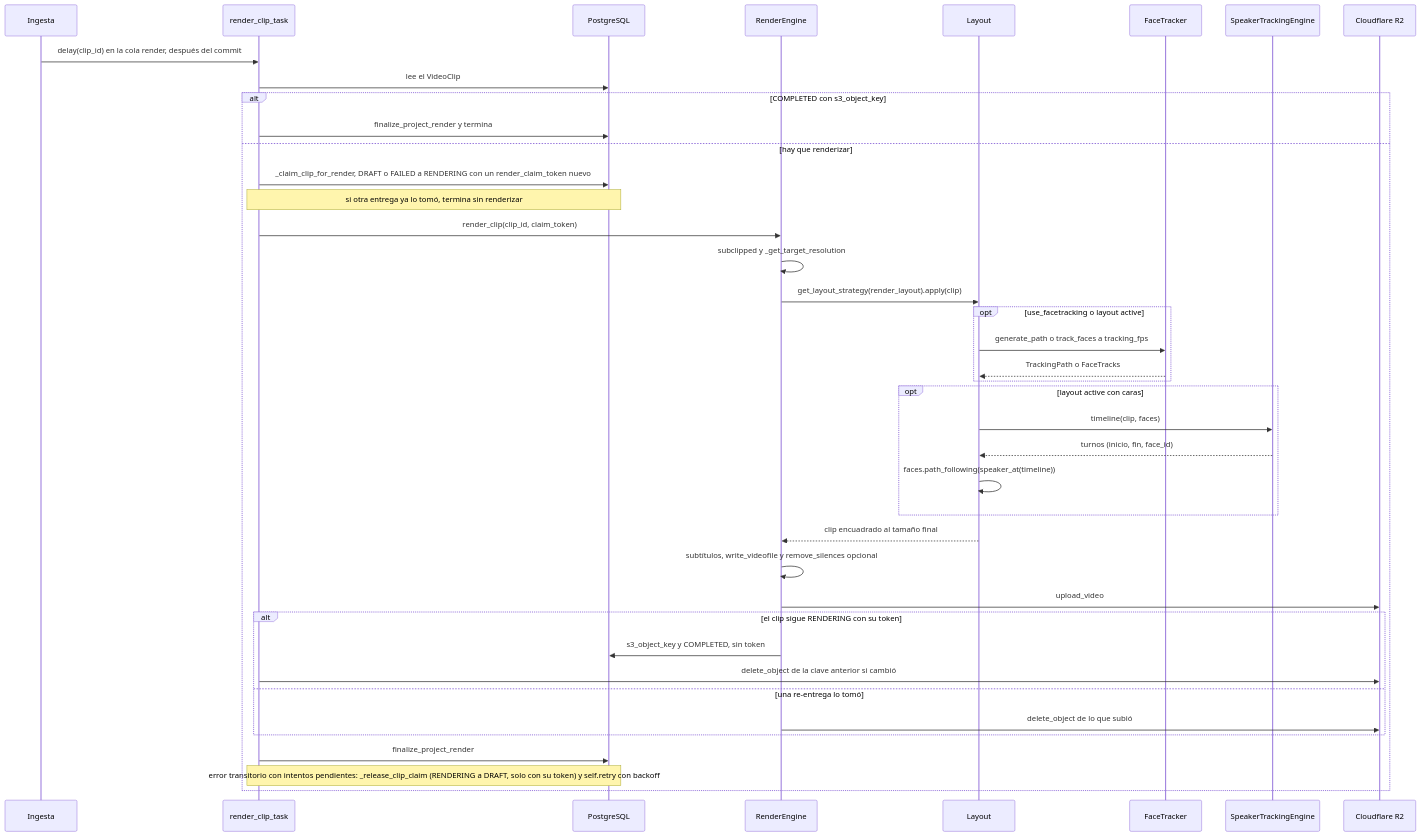
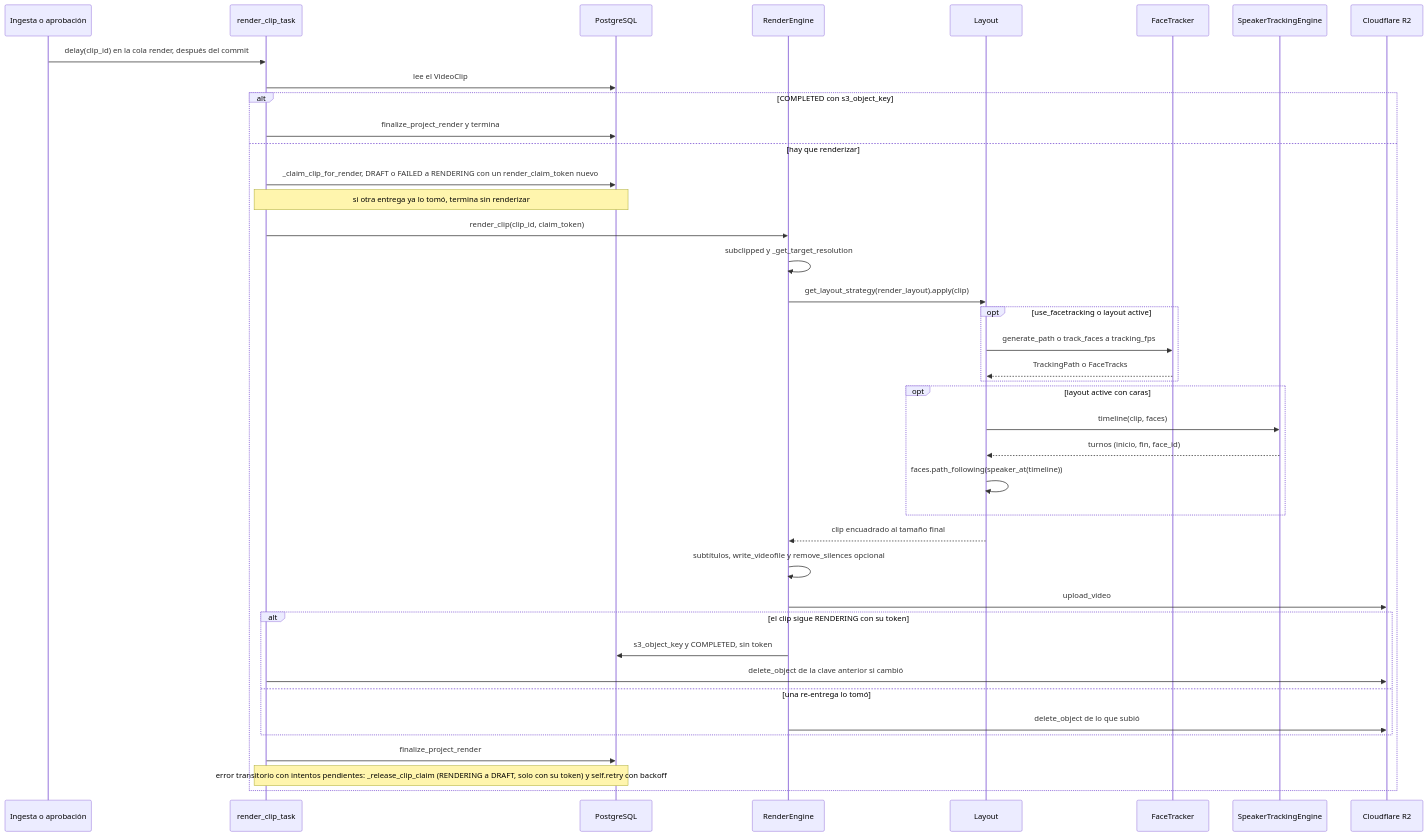
One commit to RomeKai/videoeditUTN changed the first of 4 diagrams in documents/ia/06-render-caras-y-hablante.md. Above: the diagram before and after it, drawn with Mermaid. The commit also changed other lines of this file and 17 other files, not shown here.

````diff
--- a/documents/ia/06-render-caras-y-hablante.md
+++ b/documents/ia/06-render-caras-y-hablante.md
@@ -28,43 +28,43 @@
 ```mermaid
 sequenceDiagram
-    participant ING as Ingesta
+    participant ING as Ingesta o aprobación
     participant T as render_clip_task
     participant DB as PostgreSQL
     participant RE as RenderEngine
     participant L as Layout
     participant FT as FaceTracker
     participant SP as SpeakerTrackingEngine
     participant R2 as Cloudflare R2
 
     ING->>T: delay(clip_id) en la cola render, después del commit
     T->>DB: lee el VideoClip
     alt COMPLETED con s3_object_key
         T->>DB: finalize_project_render y termina
     else hay que renderizar
         T->>DB: _claim_clip_for_render, DRAFT o FAILED a RENDERING con un render_claim_token nuevo
         Note over T,DB: si otra entrega ya lo tomó, termina sin renderizar
         T->>RE: render_clip(clip_id, claim_token)
         RE->>RE: subclipped y _get_target_resolution
         RE->>L: get_layout_strategy(render_layout).apply(clip)
         opt use_facetracking o layout active
             L->>FT: generate_path o track_faces a tracking_fps
             FT-->>L: TrackingPath o FaceTracks
         end
         opt layout active con caras
             L->>SP: timeline(clip, faces)
             SP-->>L: turnos (inicio, fin, face_id)
             L->>L: faces.path_following(speaker_at(timeline))
         end
         L-->>RE: clip encuadrado al tamaño final
         RE->>RE: subtítulos, write_videofile y remove_silences opcional
         RE->>R2: upload_video
         alt el clip sigue RENDERING con su token
             RE->>DB: s3_object_key y COMPLETED, sin token
             T->>R2: delete_object de la clave anterior si cambió
         else una re-entrega lo tomó
             RE->>R2: delete_object de lo que subió
         end
         T->>DB: finalize_project_render
         Note over T,DB: error transitorio con intentos pendientes: _release_clip_claim (RENDERING a DRAFT, solo con su token) y self.retry con backoff
     end
 ```
````
